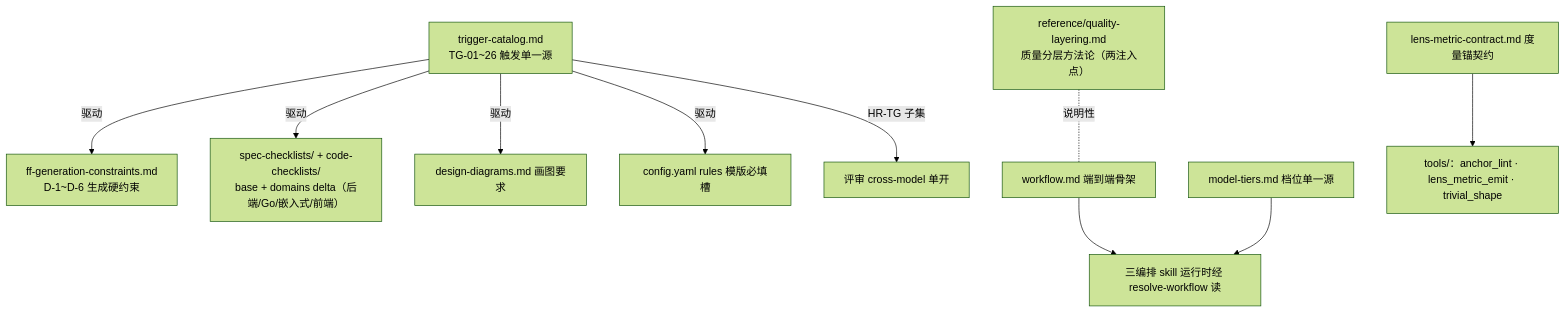
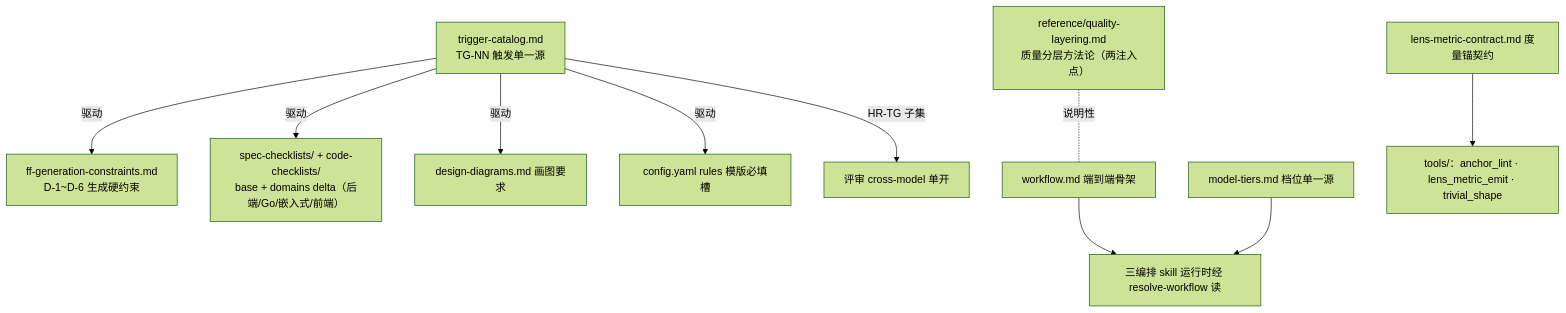
Before and after one commit to laodao-ai/sdflow-skills: the third of 5 diagrams in docs/sdflow-fable5/02-module-reference.md, drawn with Mermaid (forest theme). The commit also changed 8 other files, not shown here.

````diff
--- a/docs/sdflow-fable5/02-module-reference.md
+++ b/docs/sdflow-fable5/02-module-reference.md
@@ -158,12 +158,12 @@
 ```mermaid
 flowchart TD
-    TG["trigger-catalog.md<br/>TG-01~26 触发单一源"] -->|驱动| D["ff-generation-constraints.md<br/>D-1~D-6 生成硬约束"]
+    TG["trigger-catalog.md<br/>TG-NN 触发单一源"] -->|驱动| D["ff-generation-constraints.md<br/>D-1~D-6 生成硬约束"]
     TG -->|驱动| CL["spec-checklists/ + code-checklists/<br/>base + domains delta（后端/Go/嵌入式/前端）"]
     TG -->|驱动| DG["design-diagrams.md 画图要求"]
     TG -->|驱动| SLOT["config.yaml rules 模版必填槽"]
     TG -->|"HR-TG 子集"| XM["评审 cross-model 单开"]
     WF["workflow.md 端到端骨架"] --> ALL["三编排 skill 运行时经 resolve-workflow 读"]
     MT["model-tiers.md 档位单一源"] --> ALL
     LMC["lens-metric-contract.md 度量锚契约"] --> TOOLS["tools/：anchor_lint · lens_metric_emit · trivial_shape"]
     QL["reference/quality-layering.md<br/>质量分层方法论（两注入点）"] -.说明性.- WF
 ```
````
